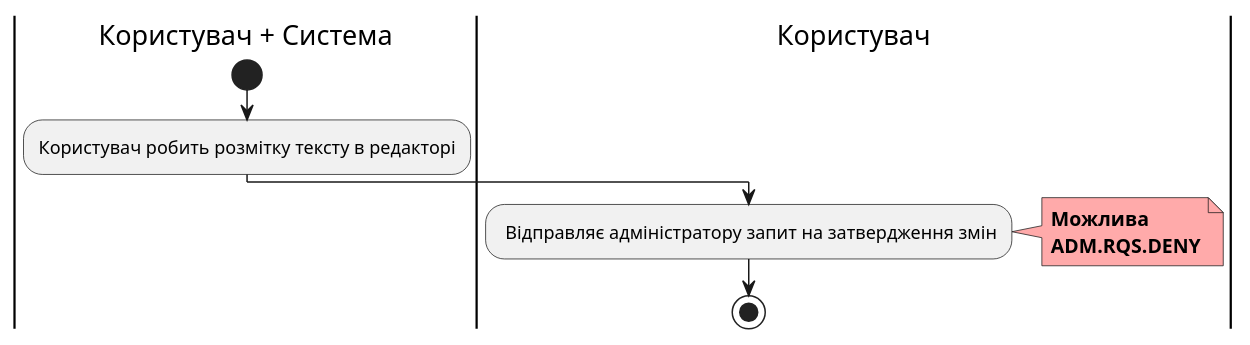
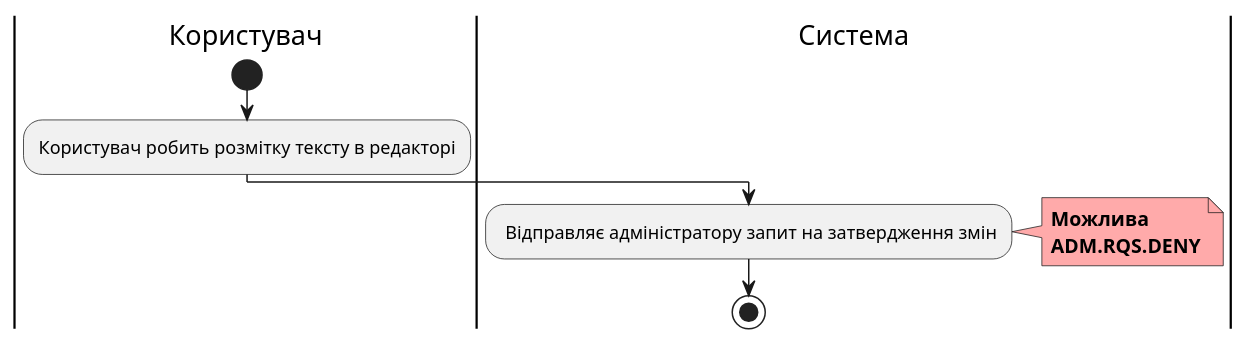
The ninth of 17 diagrams in docs/use cases/README.md (m1guelten/edu-db-cw), drawn with PlantUML before and after one commit. The commit also changed other lines of this file, not shown here.

```diff
--- a/docs/use cases/README.md
+++ b/docs/use cases/README.md
@@ -286,19 +272,17 @@
 @startuml
-
-|Користувач + Система|
+|Користувач|
 start
 :Користувач робить розмітку тексту в редакторі;
 
-|Користувач|
+|Система|
 : Відправляє адміністратору запит на затвердження змін;
 
     note right #ffaaaa
     <b>Можлива</b>
     <b>ADM.RQS.DENY</b>
     end note
 
 
 
     stop;
-
 @enduml
```
